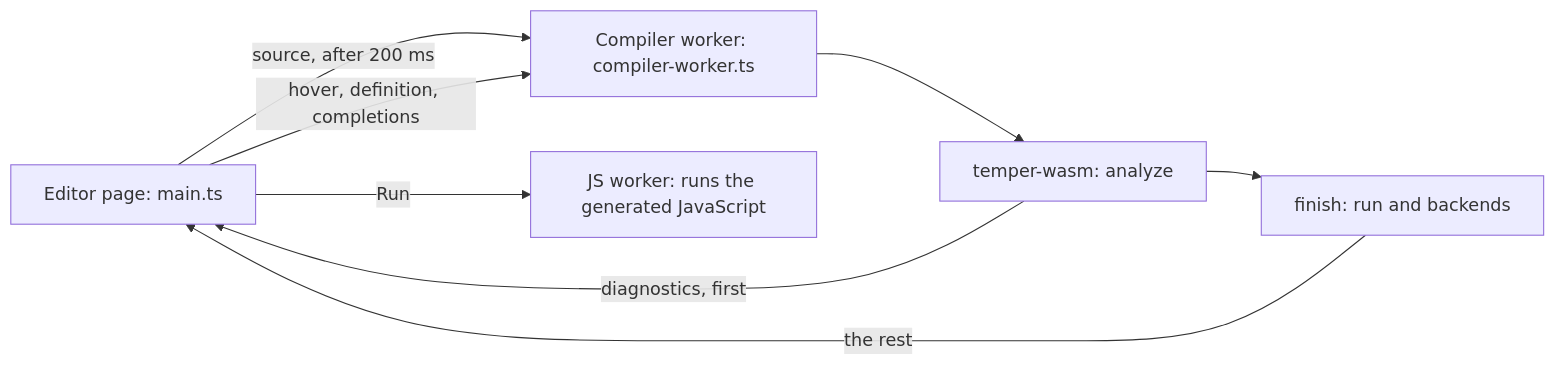
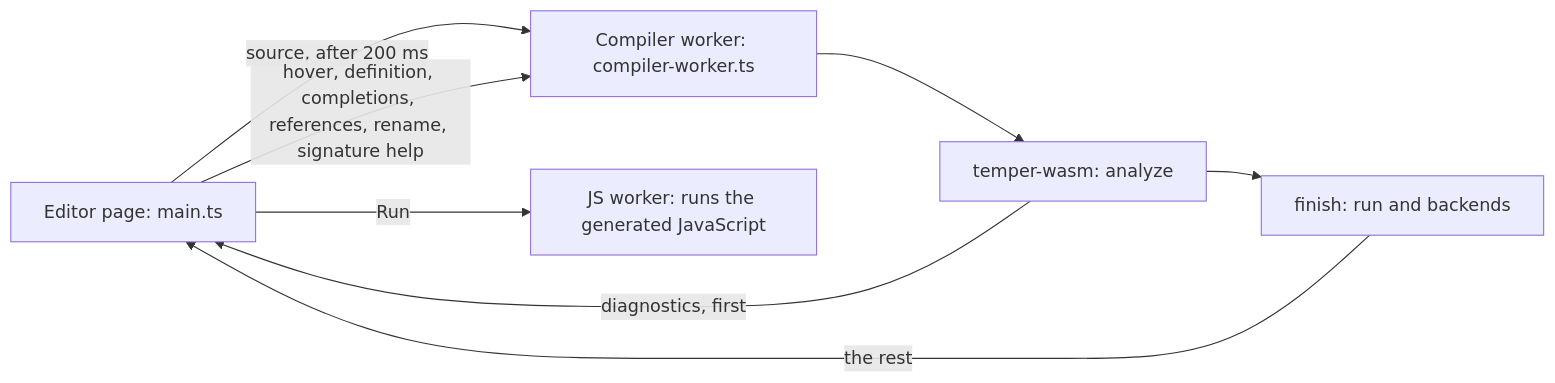
The first of 2 diagrams in docs/internals/08-playground.md (temperlang/tempest), drawn with Mermaid before and after one commit. The commit also changed other lines of this file and 45 other files, not shown here.

````diff
--- a/docs/internals/08-playground.md
+++ b/docs/internals/08-playground.md
@@ -11,10 +12,10 @@
 ```mermaid
 flowchart LR
   editor["Editor page: main.ts"] -->|"source, after 200 ms"| worker["Compiler worker: compiler-worker.ts"]
   worker --> analyze["temper-wasm: analyze"]
   analyze -->|"diagnostics, first"| editor
   analyze --> finish["finish: run and backends"]
   finish -->|"the rest"| editor
-  editor -->|"hover, definition, completions"| worker
+  editor -->|"hover, definition, completions, references, rename, signature help"| worker
   editor -->|"Run"| jsworker["JS worker: runs the generated JavaScript"]
 ```
````
